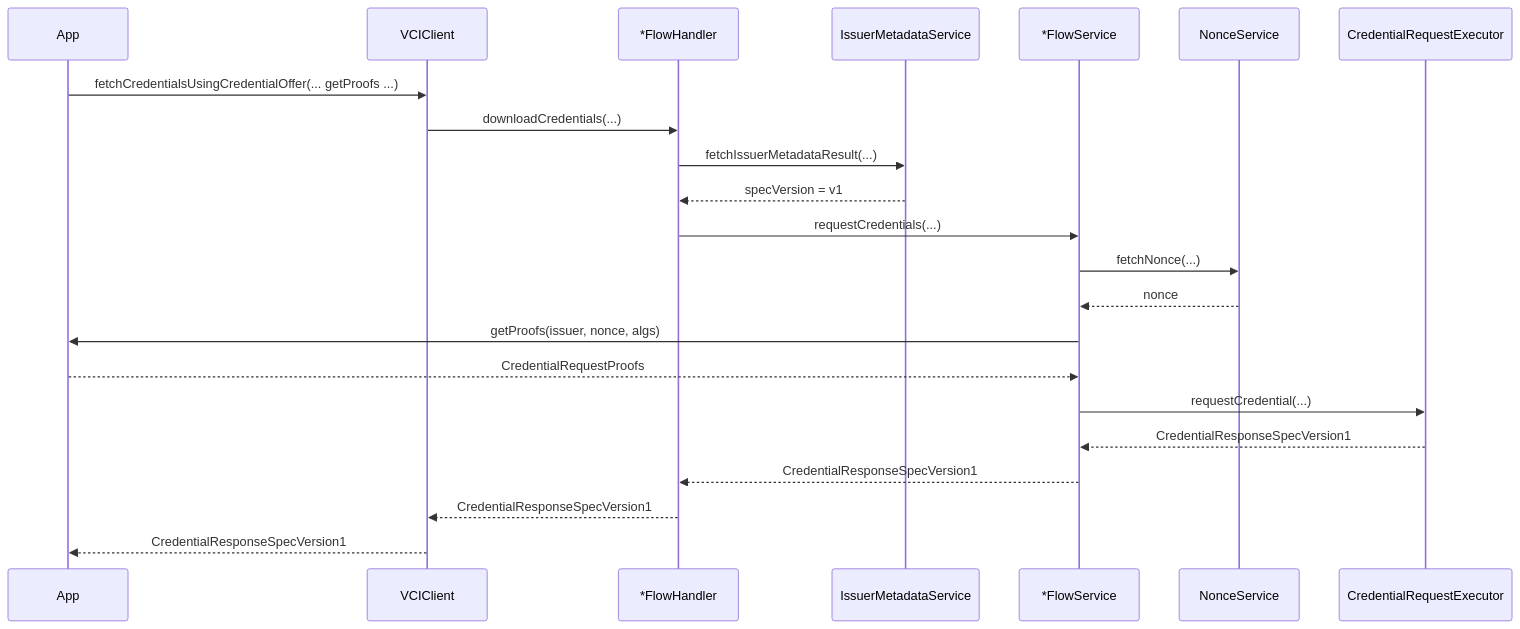
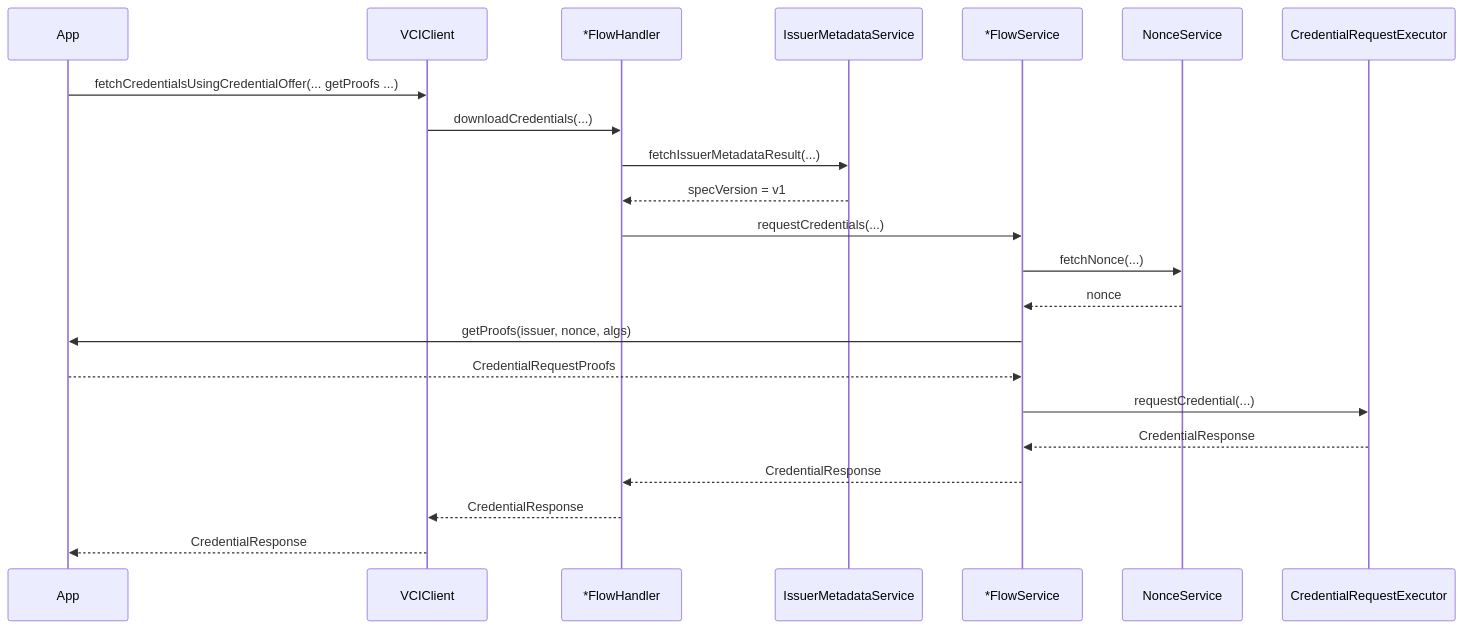
Before and after one commit to inji/inji-vci-client-ios-swift: the third of 4 diagrams in docs/adr/0001-openid4vci-v1-migration.md, drawn with Mermaid. The commit also changed other lines of this file and 44 other files, not shown here.

````diff
--- a/docs/adr/0001-openid4vci-v1-migration.md
+++ b/docs/adr/0001-openid4vci-v1-migration.md
@@ -272,25 +272,25 @@
 ```mermaid
 sequenceDiagram
     participant App
     participant Client as VCIClient
     participant Handler as *FlowHandler
     participant Metadata as IssuerMetadataService
     participant Service as *FlowService
     participant Nonce as NonceService
     participant Exec as CredentialRequestExecutor
 
     App->>Client: fetchCredentialsUsingCredentialOffer(... getProofs ...)
     Client->>Handler: downloadCredentials(...)
     Handler->>Metadata: fetchIssuerMetadataResult(...)
     Metadata-->>Handler: specVersion = v1
     Handler->>Service: requestCredentials(...)
     Service->>Nonce: fetchNonce(...)
     Nonce-->>Service: nonce
     Service->>App: getProofs(issuer, nonce, algs)
     App-->>Service: CredentialRequestProofs
     Service->>Exec: requestCredential(...)
-    Exec-->>Service: CredentialResponseSpecVersion1
-    Service-->>Handler: CredentialResponseSpecVersion1
-    Handler-->>Client: CredentialResponseSpecVersion1
-    Client-->>App: CredentialResponseSpecVersion1
+    Exec-->>Service: CredentialResponse
+    Service-->>Handler: CredentialResponse
+    Handler-->>Client: CredentialResponse
+    Client-->>App: CredentialResponse
 ```
````
